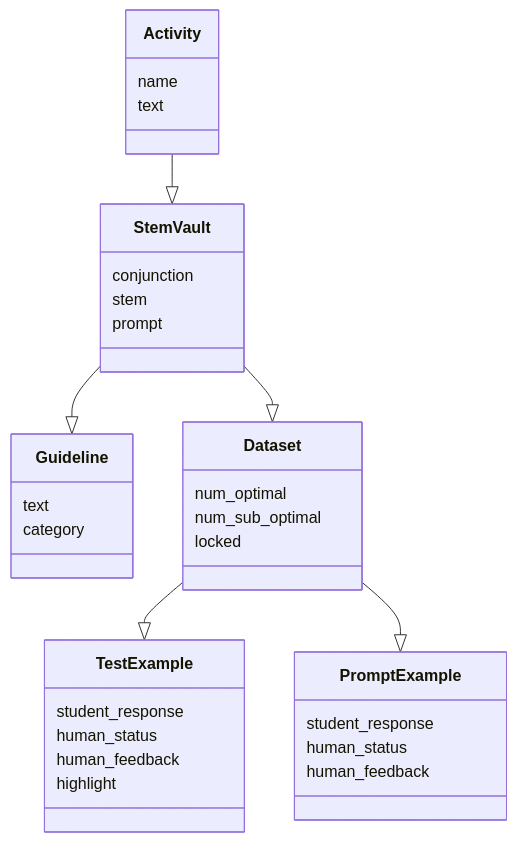
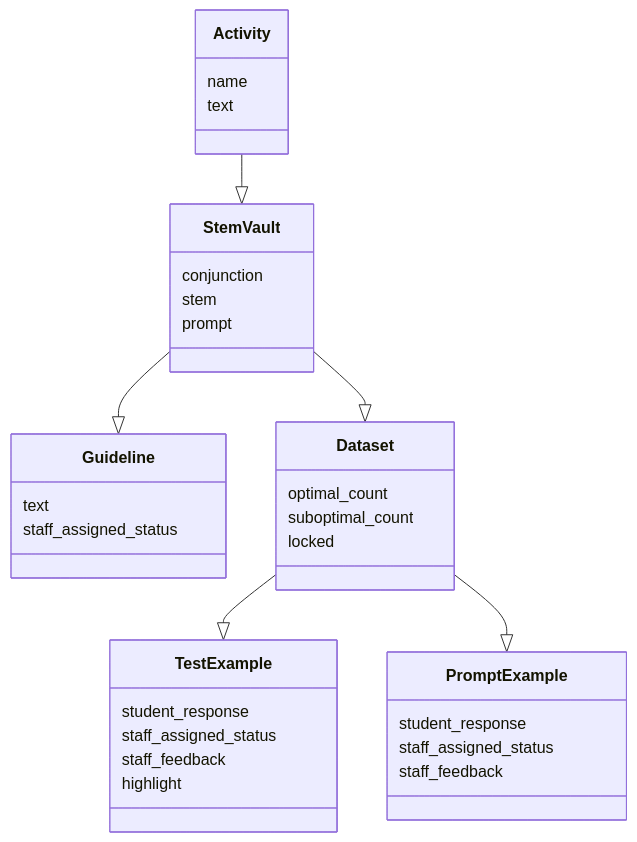
One commit to empirical-org/Empirical-Core changed the first of 5 diagrams in services/QuillLMS/engines/evidence/app/models/evidence/research/readme.md. Above: the diagram before and after it, drawn with Mermaid. The commit also changed other lines of this file and 105 other files, not shown here.

First line of the commit message:
GenAI Reorg Part 8:  Update Trial and LLMPrompt schemas (#11963)

````diff
--- a/services/QuillLMS/engines/evidence/app/models/evidence/research/readme.md
+++ b/services/QuillLMS/engines/evidence/app/models/evidence/research/readme.md
@@ -5,37 +7,37 @@
 ```mermaid
 classDiagram
     class Activity {
          name
          text
     }
     class StemVault {
          conjunction
          stem
          prompt
     }
     class Guideline {
-     text
-     category
+        text
+        staff_assigned_status
     }
     class Dataset {
-          num_optimal
-          num_sub_optimal
-          locked
+        optimal_count
+        suboptimal_count
+        locked
     }
     class TestExample {
           student_response
-          human_status
-          human_feedback
+          staff_assigned_status
+          staff_feedback
           highlight
     }
     class PromptExample {
           student_response
-          human_status
-          human_feedback
+          staff_assigned_status
+          staff_feedback
     }
     Activity --|> StemVault
     StemVault --|> Guideline
     StemVault --|> Dataset
     Dataset --|> TestExample
     Dataset --|> PromptExample
 ```
````
